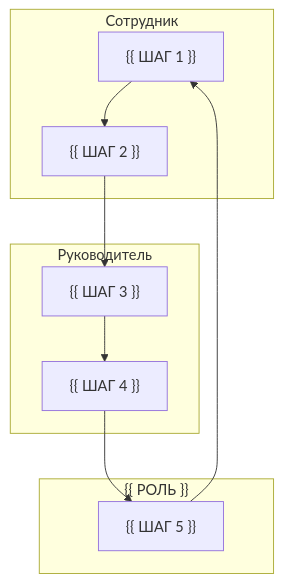
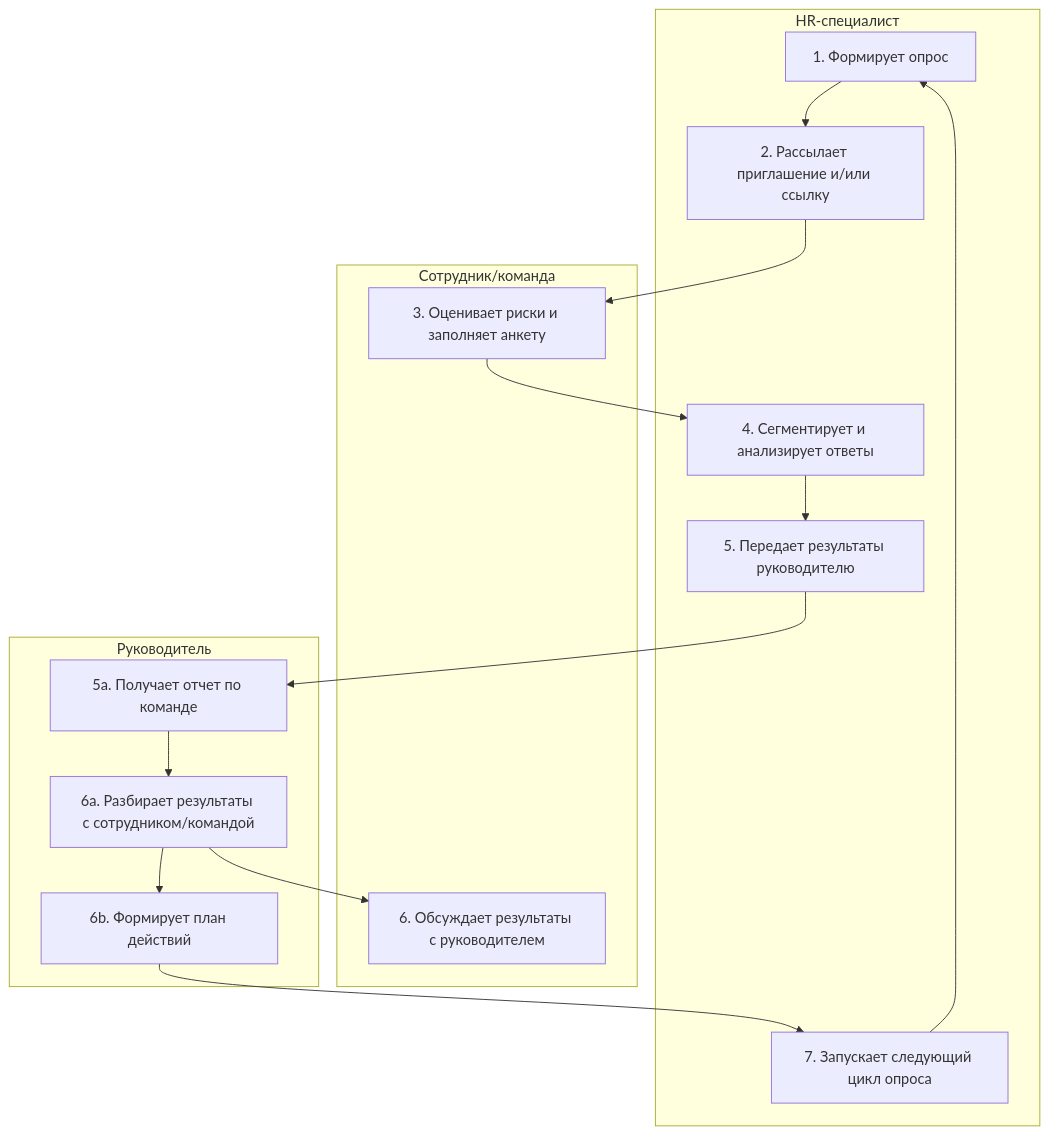
One commit to CarabasBarabas/team-other-03 changed the diagram in docs/02_asis_analysis.md. Above: the diagram before and after it, drawn with Mermaid. The commit also changed other lines of this file, not shown here.

````diff
--- a/docs/02_asis_analysis.md
+++ b/docs/02_asis_analysis.md
@@ -44,15 +24,28 @@
 ```mermaid
 flowchart TD
-    subgraph Employee["Сотрудник"]
-        A["{{ ШАГ 1 }}"] --> B["{{ ШАГ 2 }}"]
+    subgraph HR["HR-специалист"]
+        A["1. Формирует опрос"] --> B["2. Рассылает приглашение и/или ссылку"]
+        D["4. Сегментирует и анализирует ответы"] --> E["5. Передает результаты руководителю"]
+        G["7. Запускает следующий цикл опроса"]
     end
+
+    subgraph Employee["Сотрудник/команда"]
+        C["3. Оценивает риски и заполняет анкету"]
+        F["6. Обсуждает результаты с руководителем"]
+    end
+
     subgraph Manager["Руководитель"]
-        C["{{ ШАГ 3 }}"] --> D["{{ ШАГ 4 }}"]
+        H["5a. Получает отчет по команде"]
+        I["6a. Разбирает результаты с сотрудником/командой"]
+        J["6b. Формирует план действий"]
     end
-    subgraph Service["{{ РОЛЬ }}"]
-        E["{{ ШАГ 5 }}"]
-    end
+
     B --> C
-    D --> E
-    E --> A
+    C --> D
+    E --> H
+    H --> I
+    I --> F
+    I --> J
+    J --> G
+    G --> A
 ```
````
